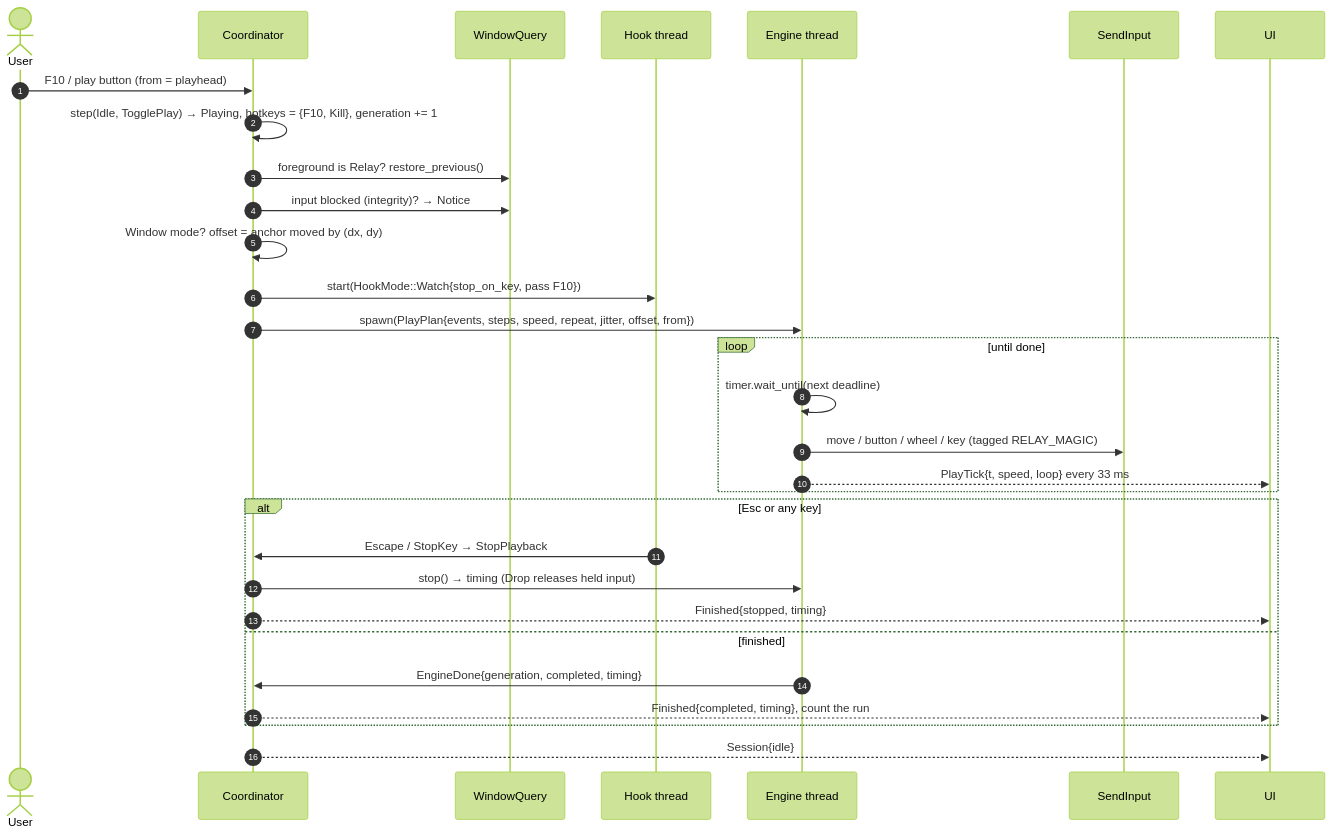
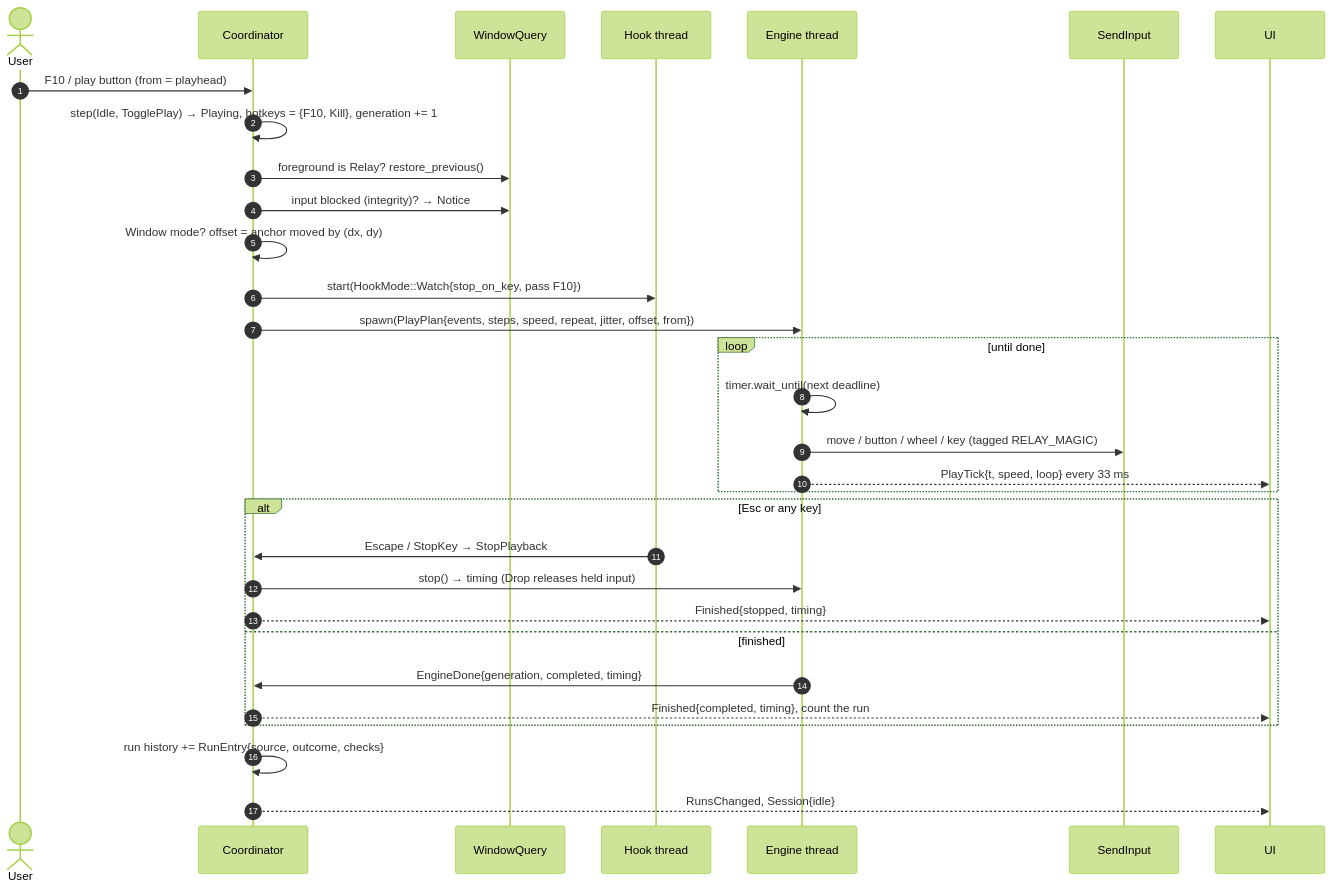
Before and after one commit to HappyRave/Relay: the fourth of 5 diagrams in docs/engineering/architecture.md, drawn with Mermaid (forest theme). The commit also changed other lines of this file and 11 other files, not shown here.

Commit message:
docs: the run history, in the user guide and the engineering guide

````diff
--- a/docs/engineering/architecture.md
+++ b/docs/engineering/architecture.md
@@ -135,33 +135,34 @@
 ```mermaid
 sequenceDiagram
     autonumber
     actor U as User
     participant C as Coordinator
     participant W as WindowQuery
     participant H as Hook thread
     participant P as Engine thread
     participant OS as SendInput
     participant UI
 
     U->>C: F10 / play button (from = playhead)
     C->>C: step(Idle, TogglePlay) → Playing, hotkeys = {F10, Kill}, generation += 1
     C->>W: foreground is Relay? restore_previous()
     C->>W: input blocked (integrity)? → Notice
     C->>C: Window mode? offset = anchor moved by (dx, dy)
     C->>H: start(HookMode::Watch{stop_on_key, pass F10})
     C->>P: spawn(PlayPlan{events, steps, speed, repeat, jitter, offset, from})
     loop until done
         P->>P: timer.wait_until(next deadline)
         P->>OS: move / button / wheel / key (tagged RELAY_MAGIC)
         P-->>UI: PlayTick{t, speed, loop} every 33 ms
     end
     alt Esc or any key
         H->>C: Escape / StopKey → StopPlayback
         C->>P: stop() → timing (Drop releases held input)
         C-->>UI: Finished{stopped, timing}
     else finished
         P->>C: EngineDone{generation, completed, timing}
         C-->>UI: Finished{completed, timing}, count the run
     end
-    C-->>UI: Session{idle}
+    C->>C: run history += RunEntry{source, outcome, checks}
+    C-->>UI: RunsChanged, Session{idle}
 ```
````
